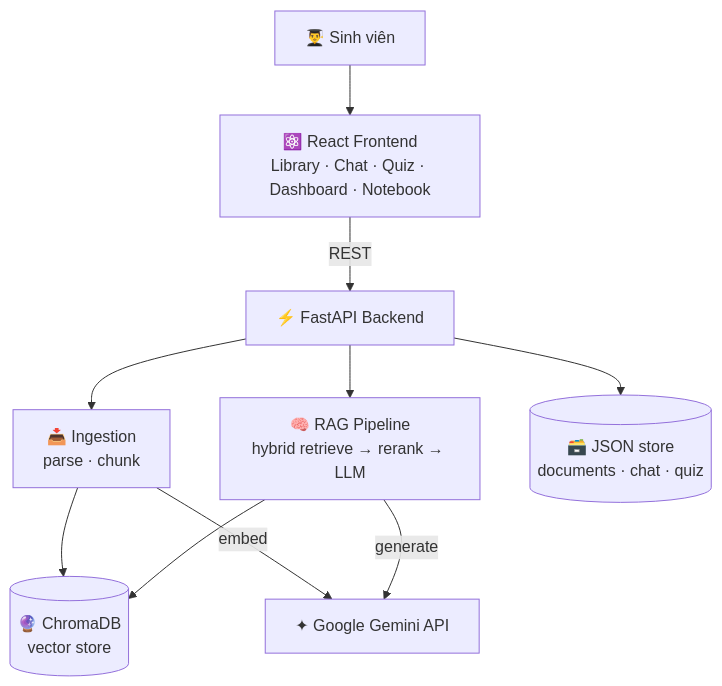
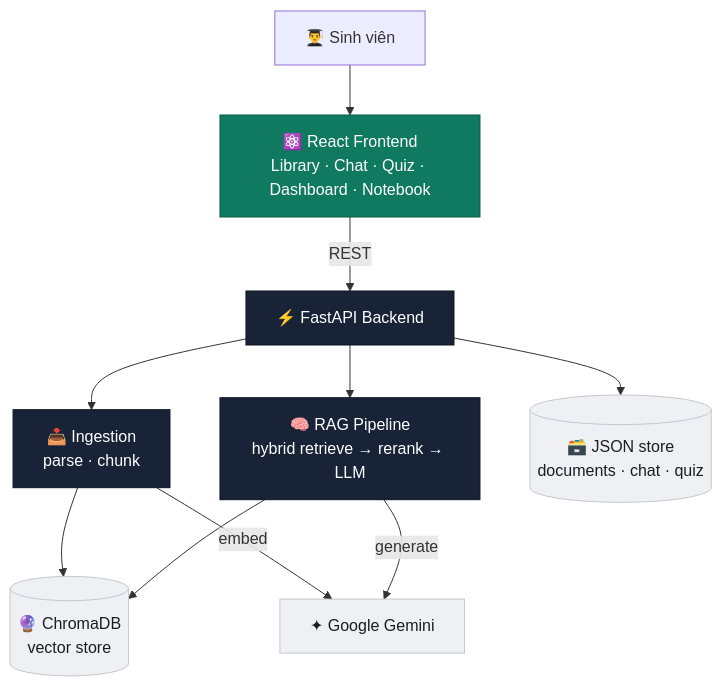
Before and after one commit to sai-ctruong/AI-campus-assistant: the diagram in README.md, drawn with Mermaid. The commit also changed other lines of this file, not shown here.

Commit message:
Polish README: accurate project structure, skillicons, styled architecture diagram

````diff
--- a/README.md
+++ b/README.md
@@ -69,12 +73,19 @@
 ```mermaid
 flowchart TD
     U["👨‍🎓 Sinh viên"] --> FE["⚛️ React Frontend<br/>Library · Chat · Quiz · Dashboard · Notebook"]
     FE -->|REST| BE["⚡ FastAPI Backend"]
     BE --> ING["📥 Ingestion<br/>parse · chunk"]
     BE --> RAG["🧠 RAG Pipeline<br/>hybrid retrieve → rerank → LLM"]
     BE --> ST[("🗃️ JSON store<br/>documents · chat · quiz")]
     ING --> VDB[("🔮 ChromaDB<br/>vector store")]
     RAG --> VDB
-    ING -->|embed| GEM["✦ Google Gemini API"]
+    ING -->|embed| GEM["✦ Google Gemini"]
     RAG -->|generate| GEM
+
+    classDef fe fill:#0f7a5f,stroke:#0b5c47,color:#fff
+    classDef be fill:#182338,stroke:#0d1524,color:#fff
+    classDef data fill:#eef0f3,stroke:#c6c6d0,color:#1b1d22
+    class FE fe
+    class BE,ING,RAG be
+    class ST,VDB,GEM data
 ```
````
